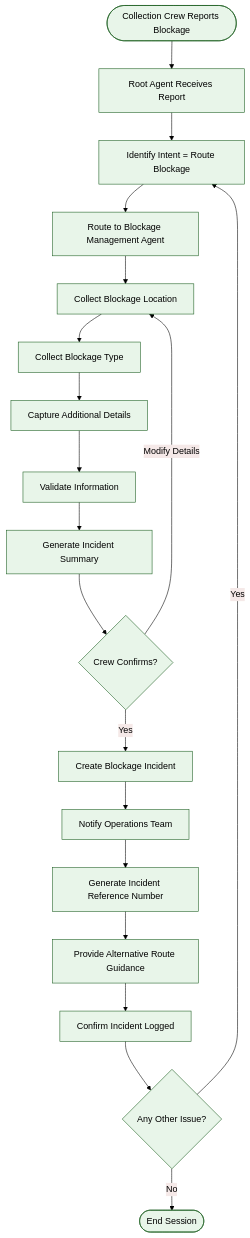
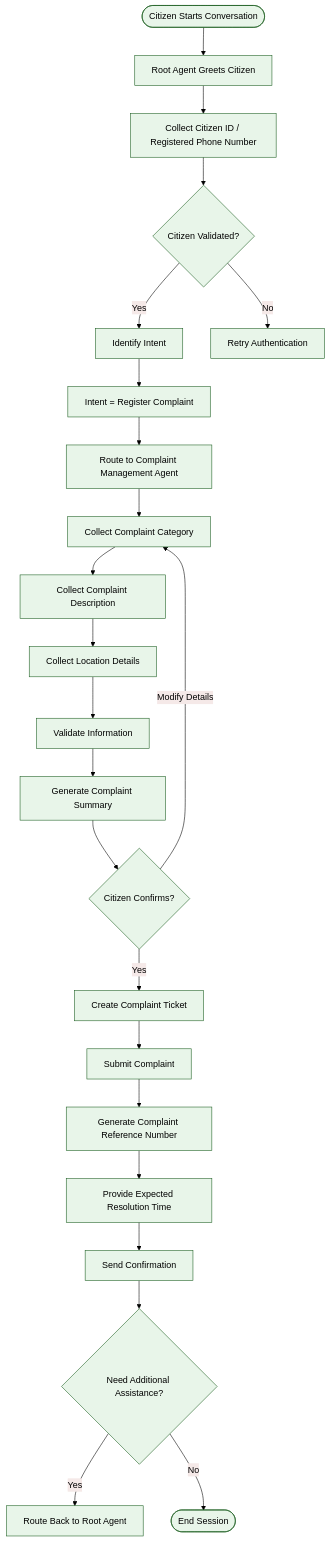
The diagram in Week1/FlowCharts/happy_path_06.md (krishna19429/Waste-Management-Voice-Bot), drawn with Mermaid before and after one commit. The commit also changed other lines of this file, not shown here.

````diff
--- a/Week1/FlowCharts/happy_path_06.md
+++ b/Week1/FlowCharts/happy_path_06.md
@@ -2,48 +2,55 @@
 ```mermaid
 %%{init: {'theme':'base','themeVariables':{
 'primaryColor':'#E8F5E9',
 'primaryBorderColor':'#1B5E20',
 'primaryTextColor':'#000000',
 'lineColor':'#000000'
 }}}%%
 
 flowchart TD
 
-    A([Collection Crew Reports Blockage])
-    --> B[Root Agent Receives Report]
+    A([Citizen Starts Conversation])
+    --> B[Root Agent Greets Citizen]
 
-    B --> C[Identify Intent = Route Blockage]
+    B --> C[Collect Citizen ID / Registered Phone Number]
 
-    C --> D[Route to Blockage Management Agent]
+    C --> D{Citizen Validated?}
 
-    D --> E[Collect Blockage Location]
+    D -->|Yes| E[Identify Intent]
+    D -->|No| F[Retry Authentication]
 
-    E --> F[Collect Blockage Type]
+    E --> G[Intent = Register Complaint]
 
-    F --> G[Capture Additional Details]
+    G --> H[Route to Complaint Management Agent]
 
-    G --> H[Validate Information]
+    H --> I[Collect Complaint Category]
 
-    H --> I[Generate Incident Summary]
+    I --> J[Collect Complaint Description]
 
-    I --> J{Crew Confirms?}
+    J --> K[Collect Location Details]
 
-    J -->|Yes| K[Create Blockage Incident]
+    K --> L[Validate Information]
 
-    J -->|Modify Details| E
+    L --> M[Generate Complaint Summary]
 
-    K --> L[Notify Operations Team]
+    M --> N{Citizen Confirms?}
 
-    L --> M[Generate Incident Reference Number]
+    N -->|Yes| O[Create Complaint Ticket]
 
-    M --> N[Provide Alternative Route Guidance]
+    N -->|Modify Details| I
 
-    N --> O[Confirm Incident Logged]
+    O --> P[Submit Complaint]
 
-    O --> P{Any Other Issue?}
+    P --> Q[Generate Complaint Reference Number]
 
-    P -->|Yes| C
+    Q --> R[Provide Expected Resolution Time]
 
-    P -->|No| Q([End Session])
+    R --> S[Send Confirmation]
+
+    S --> T{Need Additional Assistance?}
+
+    T -->|Yes| U[Route Back to Root Agent]
+
+    T -->|No| V([End Session])
 
 ```
````
